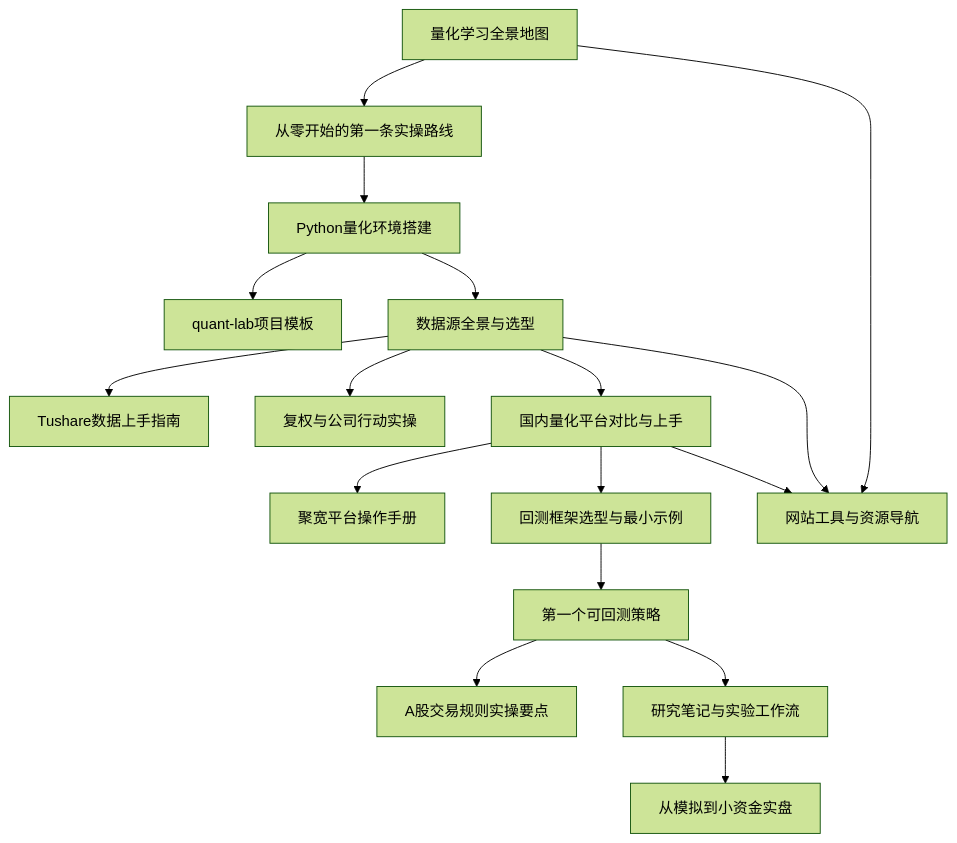
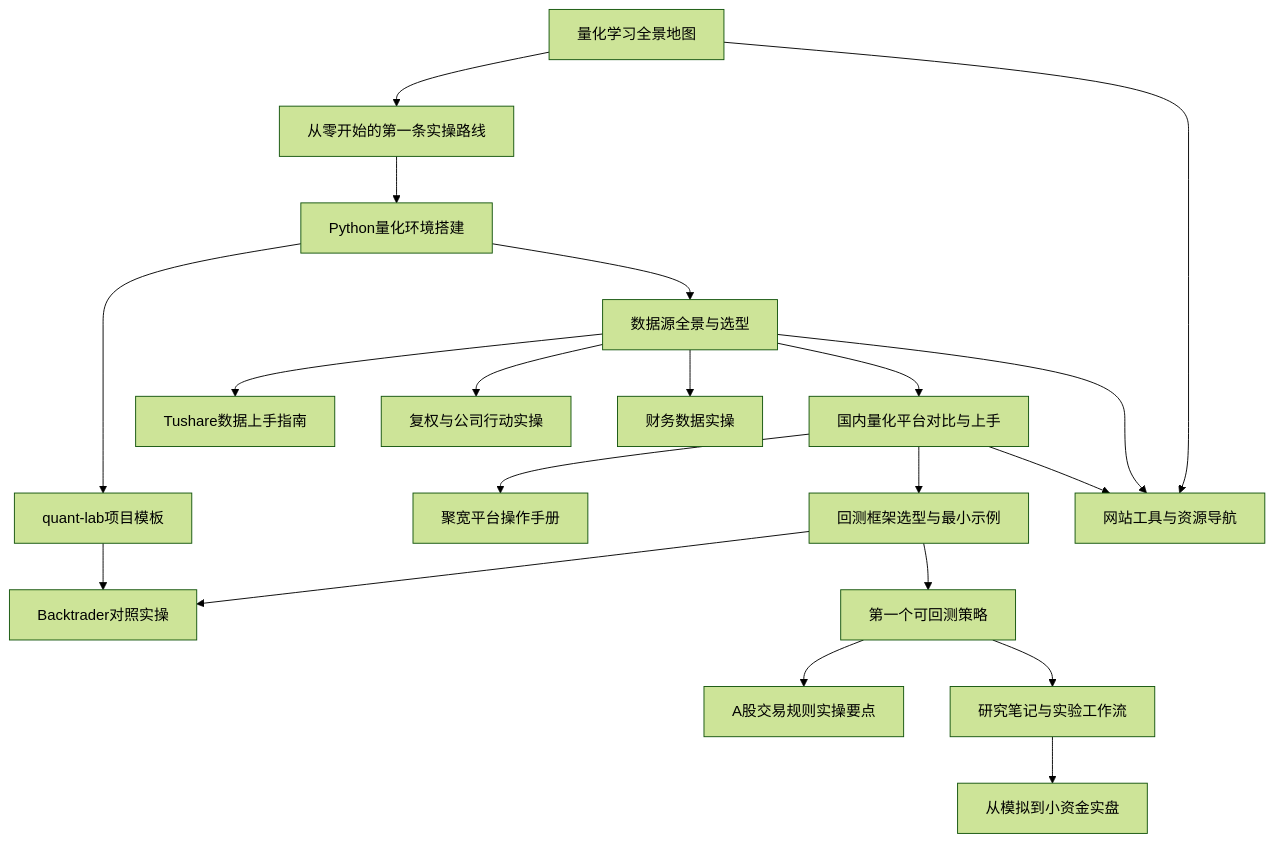
The diagram in quant-wiki-notes/入门教程/阶段零-实操百科/目录.md (Cthaat/Obsidian), drawn with Mermaid (forest theme) before and after one commit. The commit also changed other lines of this file and 20 other files, not shown here.

````diff
--- a/quant-wiki-notes/入门教程/阶段零-实操百科/目录.md
+++ b/quant-wiki-notes/入门教程/阶段零-实操百科/目录.md
@@ -42,19 +43,22 @@
 ```mermaid
 graph TD
     A[量化学习全景地图] --> B[从零开始的第一条实操路线]
     B --> C[Python量化环境搭建]
     C --> C2[quant-lab项目模板]
+    C2 --> C3[Backtrader对照实操]
     C --> D[数据源全景与选型]
     D --> D2[Tushare数据上手指南]
     D --> D3[复权与公司行动实操]
+    D --> D4[财务数据实操]
     D --> E[国内量化平台对比与上手]
     E --> E2[聚宽平台操作手册]
     E --> F[回测框架选型与最小示例]
+    F --> C3
     F --> G[第一个可回测策略]
     G --> G2[A股交易规则实操要点]
     G --> G3[研究笔记与实验工作流]
     G3 --> H[从模拟到小资金实盘]
     A --> I[网站工具与资源导航]
     D --> I
     E --> I
 ```
````
